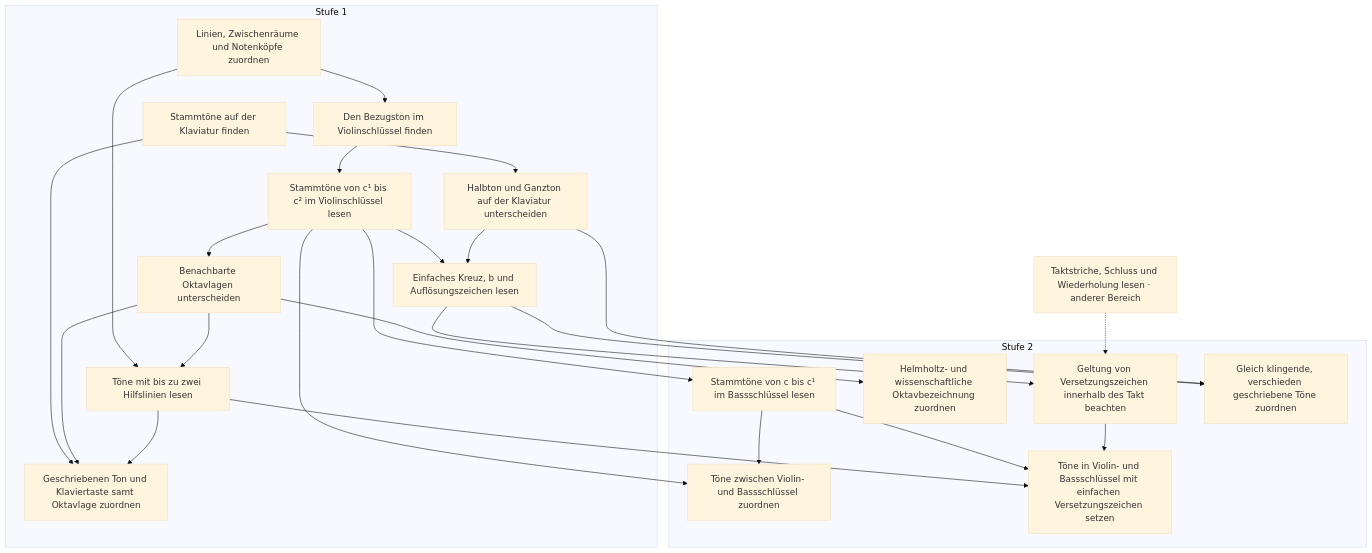
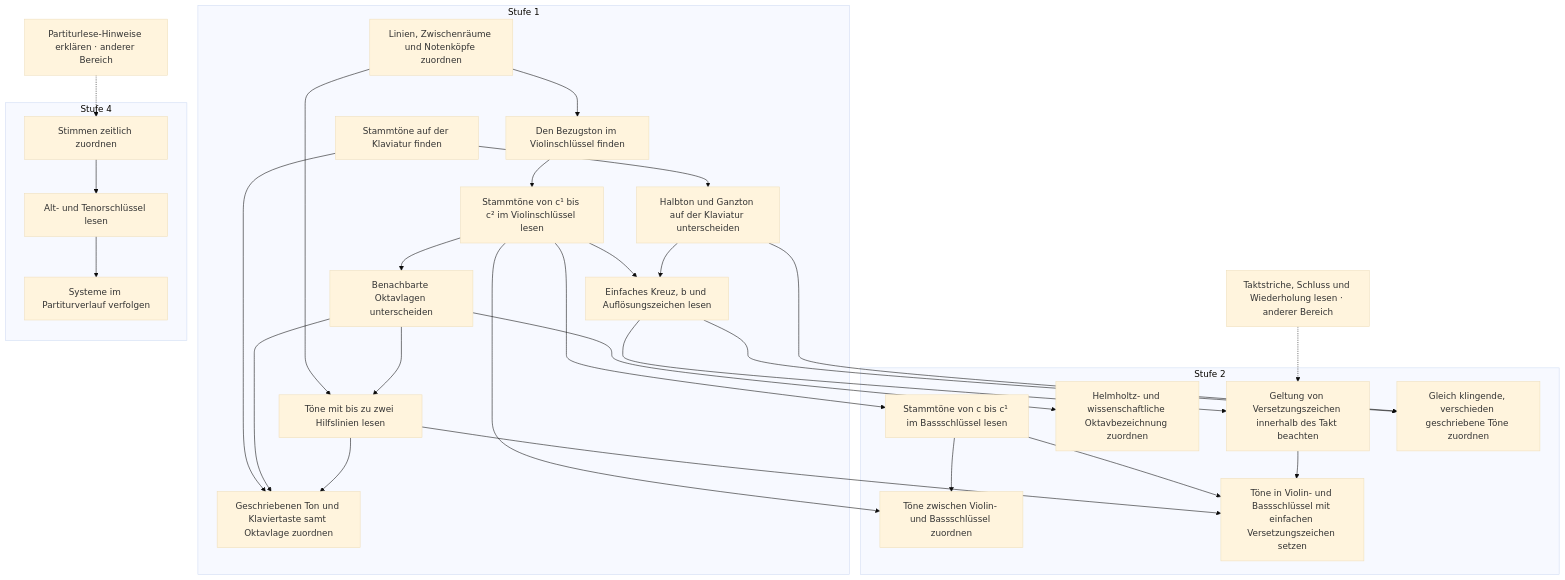
The third of 16 diagrams in docs/plan/faehigkeitsgraph-diagramme.md (PhiFa96/harmonia), drawn with Mermaid (base theme) before and after one commit. The commit also changed other lines of this file and 41 other files, not shown here.

````diff
--- a/docs/plan/faehigkeitsgraph-diagramme.md
+++ b/docs/plan/faehigkeitsgraph-diagramme.md
@@ -198,45 +243,54 @@
 ```mermaid
 flowchart TD
   subgraph level1["Stufe 1"]
     s3["Linien, Zwischenräume und Notenköpfe zuordnen"]
     s4["Den Bezugston im Violinschlüssel finden"]
     s5["Stammtöne von c¹ bis c² im Violinschlüssel lesen"]
     s6["Stammtöne auf der Klaviatur finden"]
     s7["Halbton und Ganzton auf der Klaviatur unterscheiden"]
     s8["Einfaches Kreuz, b und Auflösungszeichen lesen"]
     s9["Benachbarte Oktavlagen unterscheiden"]
     s10["Töne mit bis zu zwei Hilfslinien lesen"]
     s11["Geschriebenen Ton und Klaviertaste samt Oktavlage zuordnen"]
   end
   subgraph level2["Stufe 2"]
     s40["Stammtöne von c bis c¹ im Bassschlüssel lesen"]
     s41["Töne zwischen Violin- und Bassschlüssel zuordnen"]
     s42["Helmholtz- und wissenschaftliche Oktavbezeichnung zuordnen"]
     s43["Geltung von Versetzungszeichen innerhalb des Takt beachten"]
     s44["Gleich klingende, verschieden geschriebene Töne zuordnen"]
     s45["Töne in Violin- und Bassschlüssel mit einfachen Versetzungszeichen setzen"]
   end
+  subgraph level4["Stufe 4"]
+    s126["Stimmen zeitlich zuordnen"]
+    s127["Alt- und Tenorschlüssel lesen"]
+    s128["Systeme im Partiturverlauf verfolgen"]
+  end
   s18["Taktstriche, Schluss und Wiederholung lesen · anderer Bereich"]
+  s119["Partiturlese-Hinweise erklären · anderer Bereich"]
   s3 --> s4
   s4 --> s5
   s6 --> s7
   s5 --> s8
   s7 --> s8
   s5 --> s9
   s3 --> s10
   s9 --> s10
   s6 --> s11
   s9 --> s11
   s10 --> s11
   s5 --> s40
   s5 --> s41
   s40 --> s41
   s9 --> s42
   s8 --> s43
   s18 -.-> s43
   s8 --> s44
   s7 --> s44
   s10 --> s45
   s40 --> s45
   s43 --> s45
+  s119 -.-> s126
+  s126 --> s127
+  s127 --> s128
 ```
````
